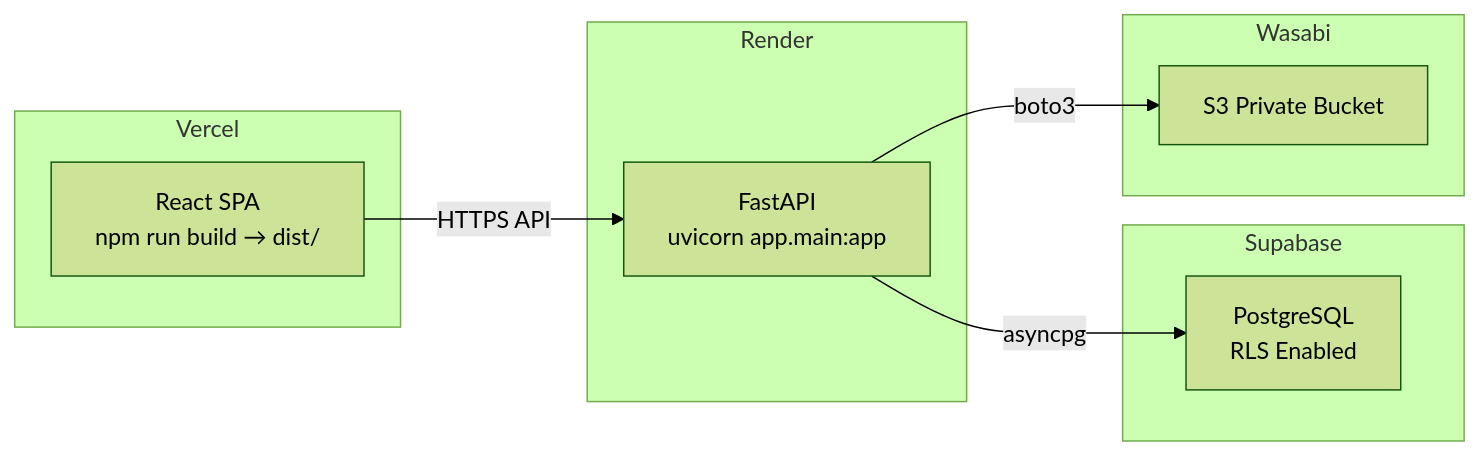
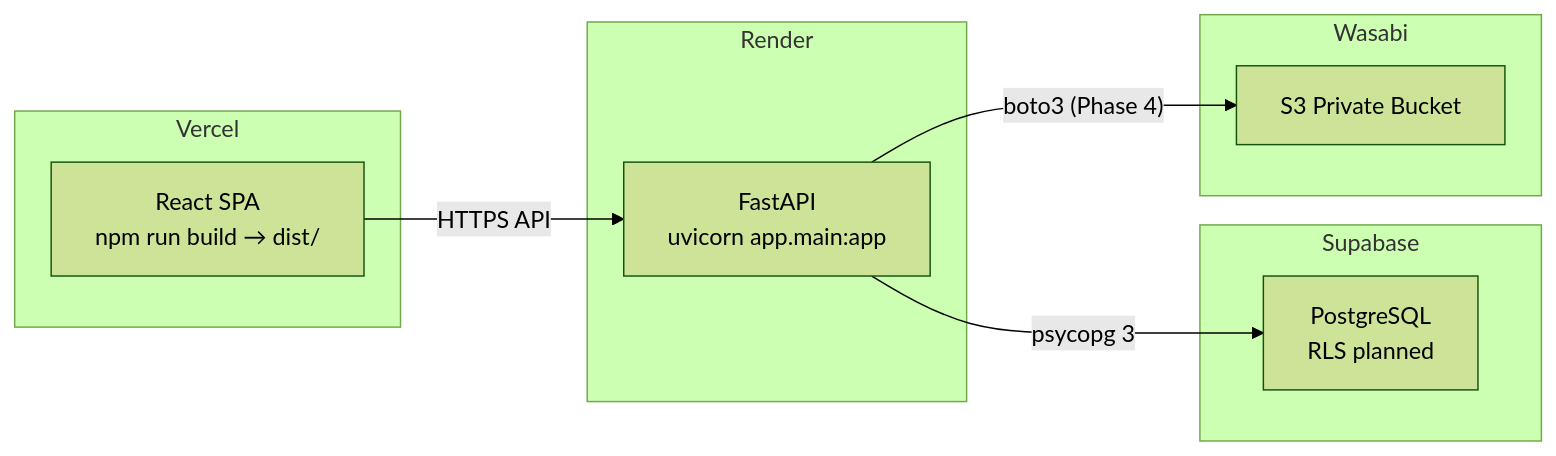
Before and after one commit to saisankeerth27/TrustVault: the fourth of 4 diagrams in docs/ARCHITECTURE.md, drawn with Mermaid (forest theme). The commit also changed other lines of this file and 33 other files, not shown here.

First line of the commit message:
feat(db): implement database schema and migrations

````diff
--- a/docs/ARCHITECTURE.md
+++ b/docs/ARCHITECTURE.md
@@ -366,22 +352,22 @@
 ```mermaid
 graph LR
     subgraph "Vercel"
         FE["React SPA<br/>npm run build → dist/"]
     end
 
     subgraph "Render"
         BE["FastAPI<br/>uvicorn app.main:app"]
     end
 
     subgraph "Supabase"
-        PG["PostgreSQL<br/>RLS Enabled"]
+        PG["PostgreSQL<br/>RLS planned"]
     end
 
     subgraph "Wasabi"
         WS["S3 Private Bucket"]
     end
 
     FE -->|"HTTPS API"| BE
-    BE -->|"asyncpg"| PG
-    BE -->|"boto3"| WS
+    BE -->|"psycopg 3"| PG
+    BE -->|"boto3 (Phase 4)"| WS
 ```
````
